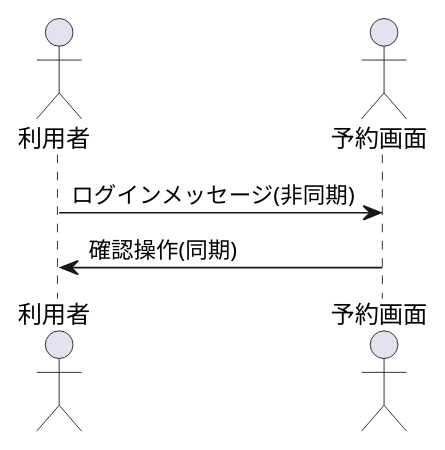
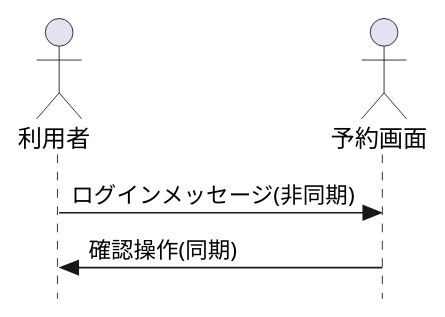
Before and after one commit to github-use-a/uml-introduction: the diagram in 演習4-2_SD_利用者と予約画面.pu, drawn with PlantUML.

Commit message:
修正

```diff
--- a/演習4-2_SD_利用者と予約画面.pu
+++ b/演習4-2_SD_利用者と予約画面.pu
@@ -1,8 +1,11 @@
 @startuml 利用者と予約画面
+hide footbox
+skinparam style strictuml /' 厳密なUMLに準拠する'/
+
 Actor 利用者 as user
 Actor 予約画面 as reservation_screen
 
 user -> reservation_screen: ログインメッセージ(非同期)
 reservation_screen -> user: 確認操作(同期)
 
 @enduml
```
